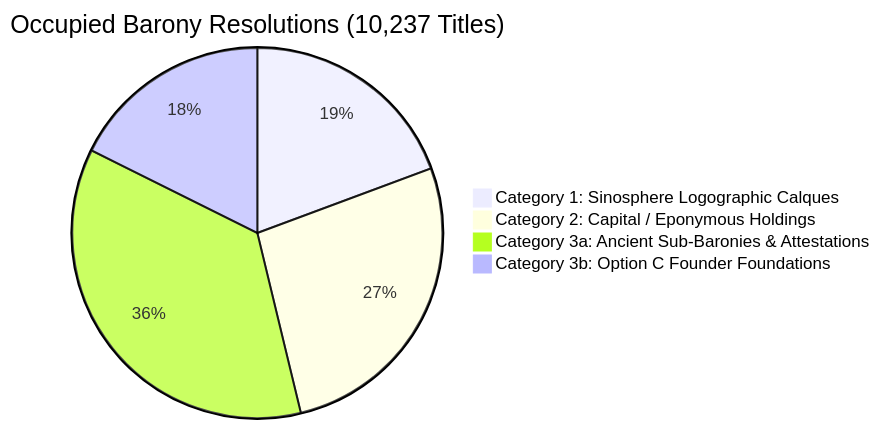
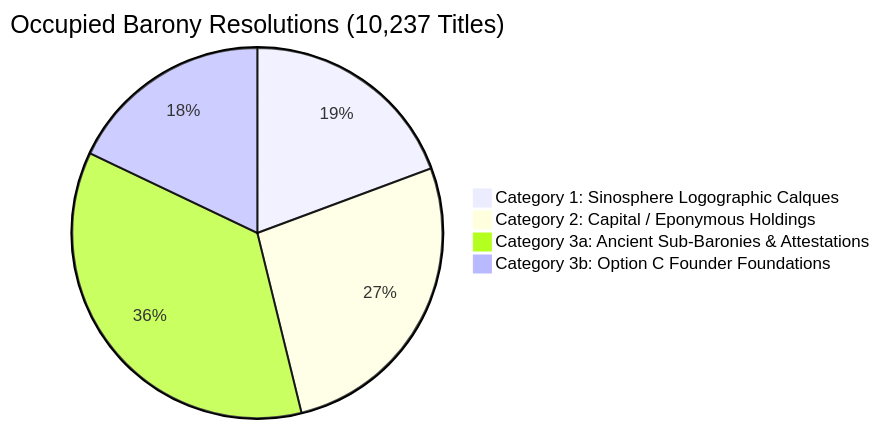
One commit to skachano/tarraconian_hre changed the diagram in barony_historical_audit_and_resolutions.md. Above: the diagram before and after it, drawn with Mermaid. The commit also changed other lines of this file and 7 other files, not shown here.

````diff
--- a/barony_historical_audit_and_resolutions.md
+++ b/barony_historical_audit_and_resolutions.md
@@ -38,7 +38,7 @@
 ```mermaid
 pie title Occupied Barony Resolutions (10,237 Titles)
     "Category 1: Sinosphere Logographic Calques" : 1979
-    "Category 2: Capital / Eponymous Holdings" : 2753
-    "Category 3a: Ancient Sub-Baronies & Attestations" : 3699
-    "Category 3b: Option C Founder Foundations" : 1806
+    "Category 2: Capital / Eponymous Holdings" : 2747
+    "Category 3a: Ancient Sub-Baronies & Attestations" : 3676
+    "Category 3b: Option C Founder Foundations" : 1835
 ```
````
